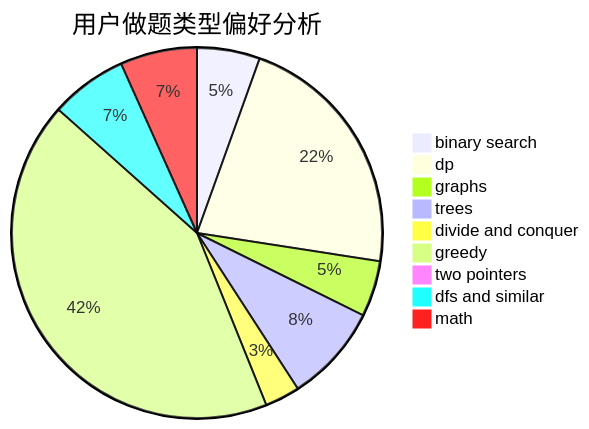
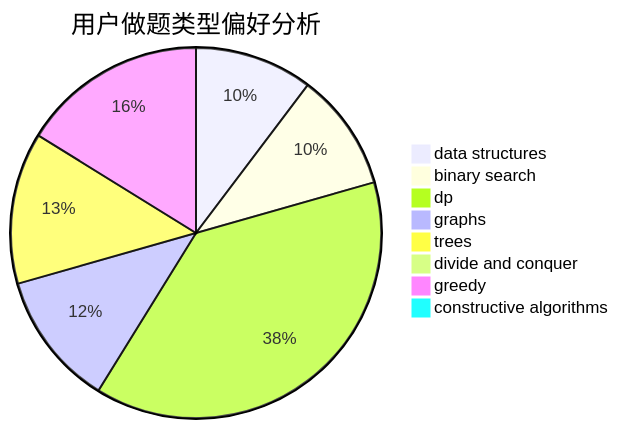
Before and after one commit to sherpahu/cfrs.github.io: the second of 3 diagrams in docs/user/u1539.md, drawn with Mermaid. The commit also changed other lines of this file and 2775 other files, not shown here.

````diff
--- a/docs/user/u1539.md
+++ b/docs/user/u1539.md
@@ -23,12 +23,11 @@
 ```mermaid
 pie title 用户做题类型偏好分析
-    "binary search" :  9
-    "dp" :  36
+    "data structures" :  7
+    "binary search" :  7
+    "dp" :  26
     "graphs" :  8
-    "trees" :  14
-    "divide and conquer" :  5
-    "greedy" :  70
-    "two pointers" :  1
-    "dfs and similar" :  11
-    "math" :  11
+    "trees" :  9
+    "divide and conquer" :  0
+    "greedy" :  11
+    "constructive algorithms" :  0
 ```
````
